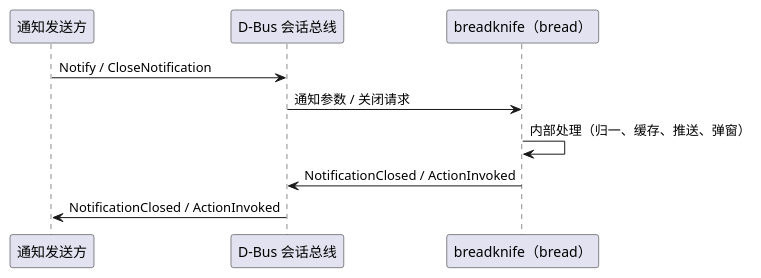
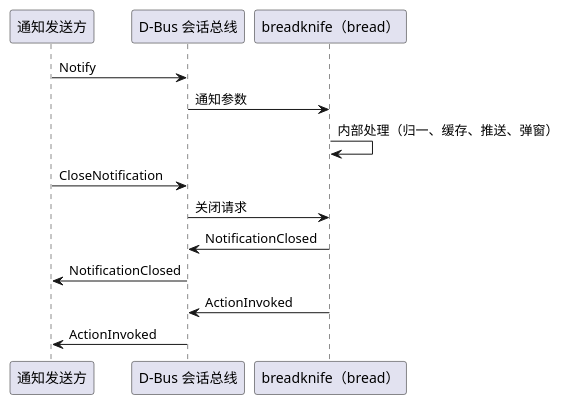
One commit to 54m43lJ/BreadKnife changed the diagram in diagram/breadknife-notification.puml. Above: the diagram before and after it, drawn with PlantUML. The commit also changed 18 other files, not shown here.

```diff
--- a/diagram/breadknife-notification.puml
+++ b/diagram/breadknife-notification.puml
@@ -1,11 +1,15 @@
 @startuml breadknife-notification
 participant "通知发送方" as app
 participant "D-Bus 会话总线" as bus
 participant "breadknife（bread）" as bread
 
-app -> bus: Notify / CloseNotification
-bus -> bread: 通知参数 / 关闭请求
+app -> bus: Notify
+bus -> bread: 通知参数
 bread -> bread: 内部处理（归一、缓存、推送、弹窗）
-bread -> bus: NotificationClosed / ActionInvoked
-bus -> app: NotificationClosed / ActionInvoked
+app -> bus: CloseNotification
+bus -> bread: 关闭请求
+bread -> bus: NotificationClosed
+bus -> app: NotificationClosed
+bread -> bus: ActionInvoked
+bus -> app: ActionInvoked
 @enduml
```
